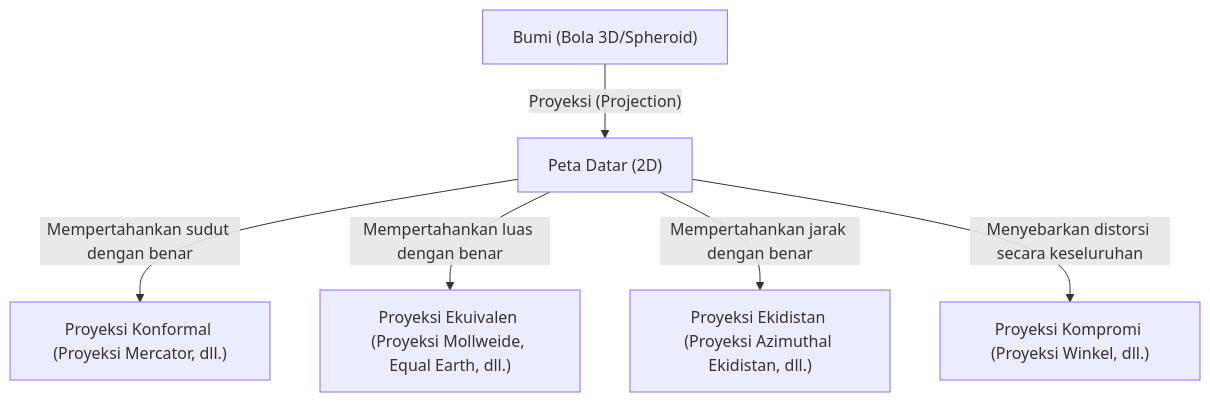
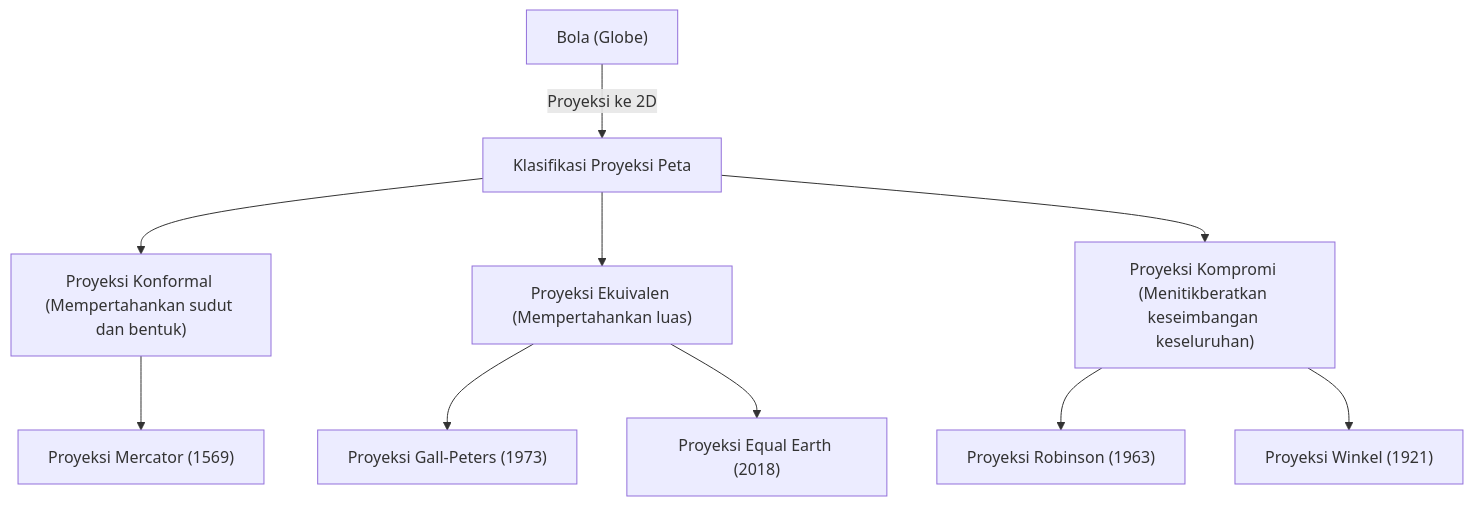
Before and after one commit to kenjinote/blog: the diagram in content/post/history-of-map-projections/index.id.md, drawn with Mermaid. The commit also changed other lines of this file and 129 other files, not shown here.

````diff
--- a/content/post/history-of-map-projections/index.id.md
+++ b/content/post/history-of-map-projections/index.id.md
@@ -19,8 +30,13 @@
 ```mermaid
 graph TD
-    A["Bumi (Bola 3D/Spheroid)"] -- "Proyeksi (Projection)" --> B["Peta Datar (2D)"]
-    B -- "Mempertahankan sudut dengan benar" --> C["Proyeksi Konformal (Proyeksi Mercator, dll.)"]
-    B -- "Mempertahankan luas dengan benar" --> D["Proyeksi Ekuivalen (Proyeksi Mollweide, Equal Earth, dll.)"]
-    B -- "Mempertahankan jarak dengan benar" --> E["Proyeksi Ekidistan (Proyeksi Azimuthal Ekidistan, dll.)"]
-    B -- "Menyebarkan distorsi secara keseluruhan" --> F["Proyeksi Kompromi (Proyeksi Winkel, dll.)"]
+    A["Bola (Globe)"] -->|"Proyeksi ke 2D"| B["Klasifikasi Proyeksi Peta"]
+    B --> C["Proyeksi Konformal (Mempertahankan sudut dan bentuk)"]
+    B --> D["Proyeksi Ekuivalen (Mempertahankan luas)"]
+    B --> E["Proyeksi Kompromi (Menitikberatkan keseimbangan keseluruhan)"]
+    
+    C --> F["Proyeksi Mercator (1569)"]
+    D --> G["Proyeksi Gall-Peters (1973)"]
+    D --> H["Proyeksi Equal Earth (2018)"]
+    E --> I["Proyeksi Robinson (1963)"]
+    E --> J["Proyeksi Winkel (1921)"]
 ```
````
